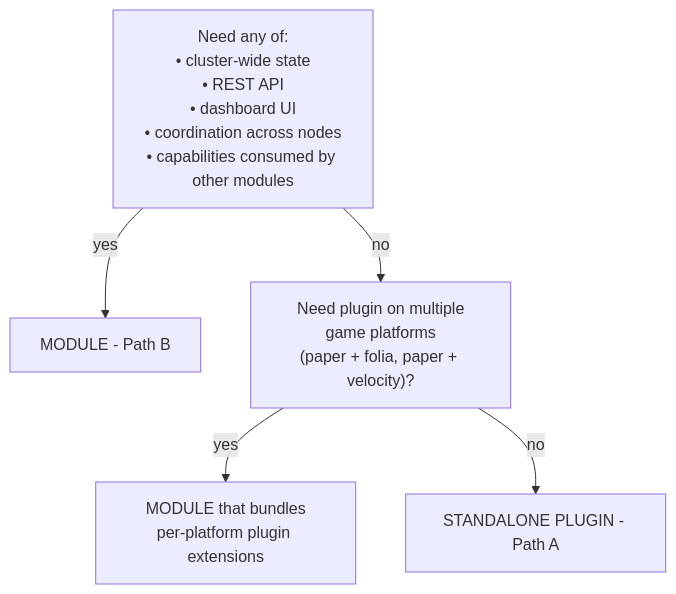
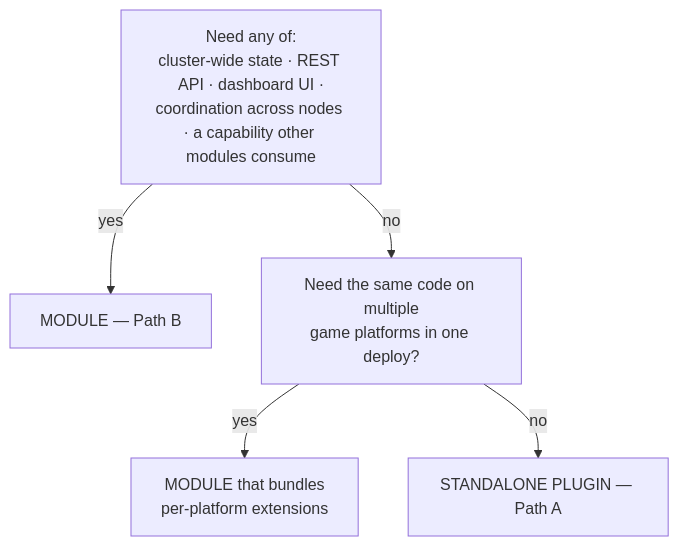
The diagram in docs/public/en/concepts/plugins.md (PrexorJustin/prexorcloud), drawn with Mermaid before and after one commit. The commit also changed other lines of this file and 20 other files, not shown here.

````diff
--- a/docs/public/en/concepts/plugins.md
+++ b/docs/public/en/concepts/plugins.md
@@ -26,8 +24,8 @@
 ```mermaid
 flowchart TB
-    Q["Need any of:<br/>• cluster-wide state<br/>• REST API<br/>• dashboard UI<br/>• coordination across nodes<br/>• capabilities consumed by other modules"]
-    Q -- yes --> M[MODULE - Path B]
-    Q -- no --> Q2["Need plugin on multiple<br/>game platforms<br/>(paper + folia, paper + velocity)?"]
-    Q2 -- yes --> MB["MODULE that bundles<br/>per-platform plugin extensions"]
-    Q2 -- no --> SP["STANDALONE PLUGIN - Path A"]
+    Q["Need any of:<br/>cluster-wide state · REST API · dashboard UI ·<br/>coordination across nodes · a capability other modules consume"]
+    Q -- yes --> M["MODULE — Path B"]
+    Q -- no --> Q2["Need the same code on multiple<br/>game platforms in one deploy?"]
+    Q2 -- yes --> MB["MODULE that bundles<br/>per-platform extensions"]
+    Q2 -- no --> SP["STANDALONE PLUGIN — Path A"]
 ```
````
